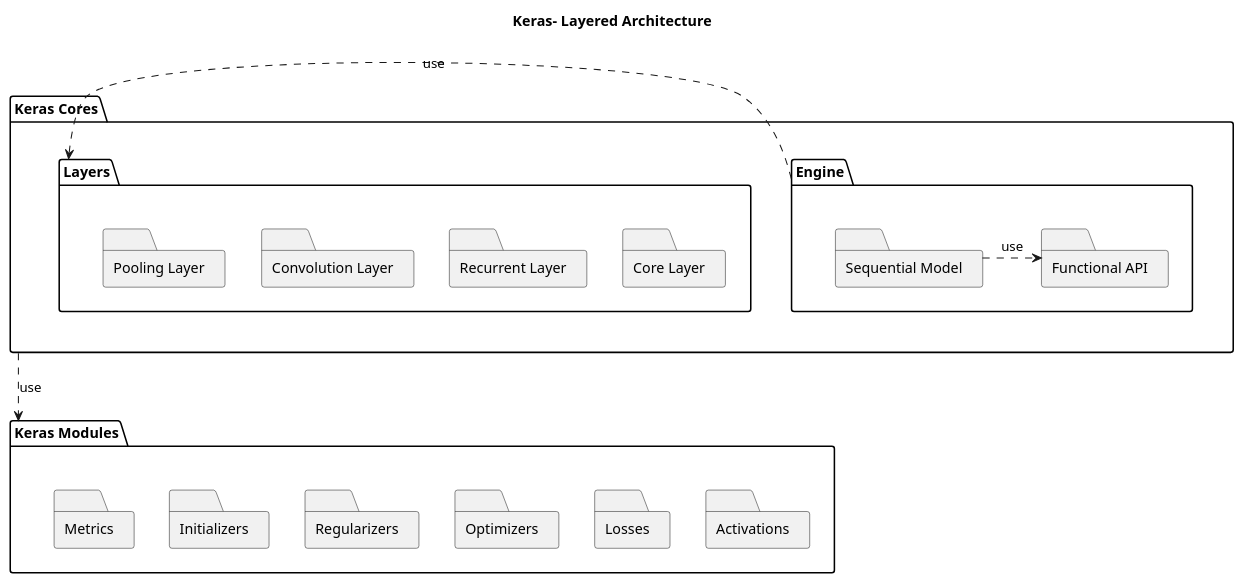
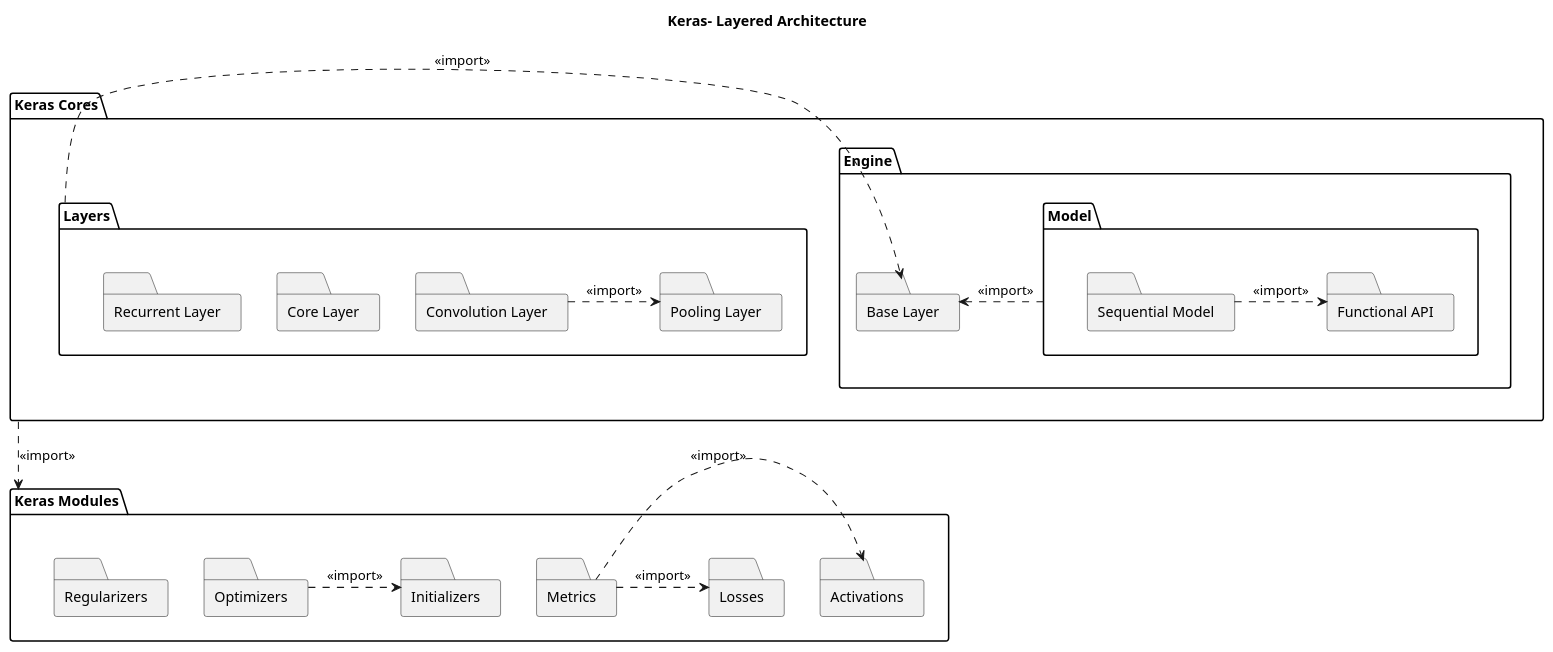
The diagram in uml_diagram/src/keras_architectural_style.puml (pholpaphankorn/keras_softarch_assignment), drawn with PlantUML before and after one commit. The commit also changed 3 other files, not shown here.

Commit message:
change arch diagram

```diff
--- a/uml_diagram/src/keras_architectural_style.puml
+++ b/uml_diagram/src/keras_architectural_style.puml
@@ -1,51 +1,61 @@
 @startuml
 title Keras- Layered Architecture
 package "Keras Cores"{
 package Engine{
+    package Model {
     package "Sequential Model" <<Folder>>{
 
     }
     package "Functional API" <<Folder>>{
         
+    }
+    }
+
+    package "Base Layer" <<Folder>>{
+
     }
 }
 package Layers{
     package "Core Layer" <<Folder>>{
 
     }
     package "Recurrent Layer" <<Folder>>{
 
     }
     package "Convolution Layer" <<Folder>>{
 
     } 
     package "Pooling Layer" <<Folder>>{
 
     } 
 }
 }
 package "Keras Modules" {
     package Activations <<Folder>>{
 
     }
     package Losses <<Folder>>{
 
     }
     package Optimizers <<Folder>>{
 
     }
     package Regularizers <<Folder>>{
 
     }
     package Initializers <<Folder>>{
 
     }
     package Metrics <<Folder>>{
 
     }
 }
-Layers <.right. Engine: use
-"Keras Cores" .down.> "Keras Modules": use
-"Sequential Model" .right.> "Functional API" :use
-
+"Base Layer" <.left. Model: <<import>>
+Layers .right.> "Base Layer" :<<import>>
+"Keras Cores" .down.> "Keras Modules": <<import>>
+"Sequential Model" .right.> "Functional API" :<<import>>
+"Pooling Layer" <.left. "Convolution Layer" :<<import>>
+Metrics .right.> Activations:<<import>>
+Metrics .right.> Losses:<<import>>
+Initializers <.left. Optimizers: <<import>>
 @enduml
```
